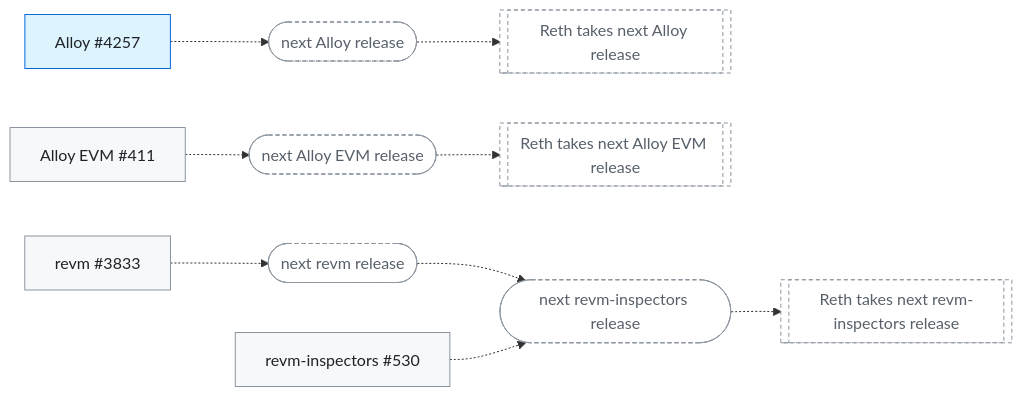
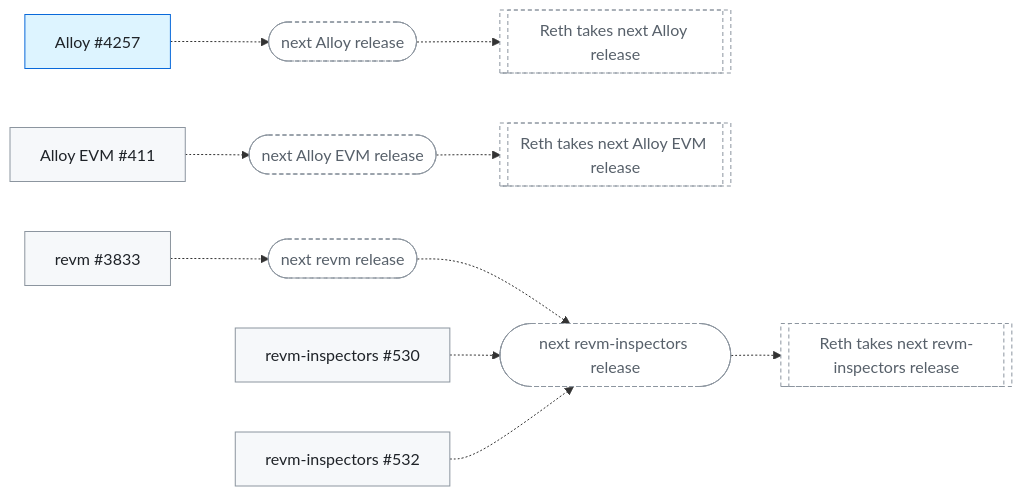
One commit to banteg/trace-interop changed the third of 3 diagrams in docs/client-fixes.md. Above: the diagram before and after it, drawn with Mermaid. The commit also changed other lines of this file and 17 other files, not shown here.

Commit message:
docs(fixes): record erigon #24343-#24345, nethermind #13935 and revm-inspectors #532

````diff
--- a/docs/client-fixes.md
+++ b/docs/client-fixes.md
@@ -96,25 +100,27 @@
 ```mermaid
 flowchart LR
   Alloy_4257["Alloy #4257"]:::merged
   next_Alloy_release(["next Alloy release"]):::pending
   Reth_takes_next_Alloy_release[["Reth takes next Alloy release"]]:::pending
   Alloy_EVM_411["Alloy EVM #411"]:::open
   next_Alloy_EVM_release(["next Alloy EVM release"]):::pending
   Reth_takes_next_Alloy_EVM_release[["Reth takes next Alloy EVM release"]]:::pending
   revm_3833["revm #3833"]:::open
   next_revm_release(["next revm release"]):::pending
   next_revm_inspectors_release(["next revm-inspectors release"]):::pending
   Reth_takes_next_revm_inspectors_release[["Reth takes next revm-inspectors release"]]:::pending
   revm_inspectors_530["revm-inspectors #530"]:::open
+  revm_inspectors_532["revm-inspectors #532"]:::open
   Alloy_4257 -.-> next_Alloy_release
   next_Alloy_release -.-> Reth_takes_next_Alloy_release
   Alloy_EVM_411 -.-> next_Alloy_EVM_release
   next_Alloy_EVM_release -.-> Reth_takes_next_Alloy_EVM_release
   revm_3833 -.-> next_revm_release
   next_revm_release -.-> next_revm_inspectors_release
   next_revm_inspectors_release -.-> Reth_takes_next_revm_inspectors_release
   revm_inspectors_530 -.-> next_revm_inspectors_release
+  revm_inspectors_532 -.-> next_revm_inspectors_release
   classDef open fill:#f6f8fa,stroke:#8c959f,color:#1f2328
   classDef merged fill:#ddf4ff,stroke:#0969da,color:#1f2328
   classDef pending fill:#ffffff,stroke:#8c959f,stroke-dasharray:4 3,color:#57606a
 ```
````
